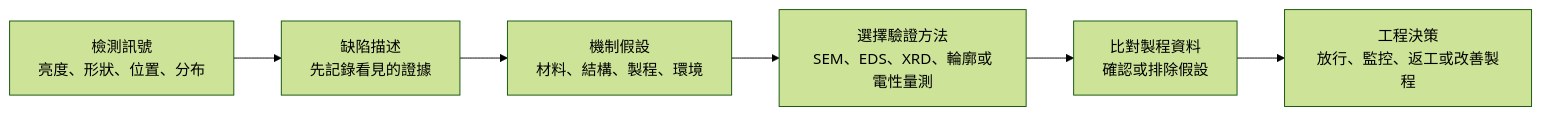
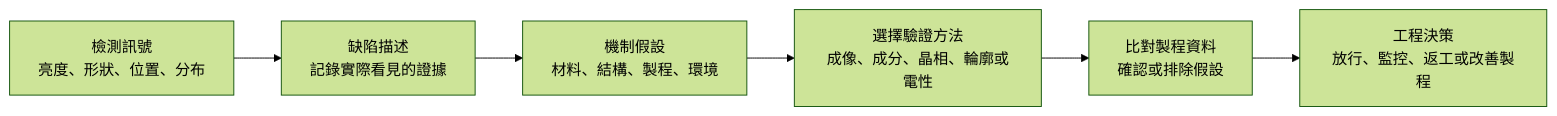
Before and after one commit to RocketWill/semiconductor-inspection-knowledge: the second of 2 diagrams in 01-materials-science/01-course-overview.md, drawn with Mermaid (forest theme). The commit also changed other lines of this file, not shown here.

````diff
--- a/01-materials-science/01-course-overview.md
+++ b/01-materials-science/01-course-overview.md
@@ -169,8 +133,8 @@
 ```mermaid
 flowchart LR
-    A["檢測訊號<br/>亮度、形狀、位置、分布"] --> B["缺陷描述<br/>先記錄看見的證據"]
+    A["檢測訊號<br/>亮度、形狀、位置、分布"] --> B["缺陷描述<br/>記錄實際看見的證據"]
     B --> C["機制假設<br/>材料、結構、製程、環境"]
-    C --> D["選擇驗證方法<br/>SEM、EDS、XRD、輪廓或電性量測"]
+    C --> D["選擇驗證方法<br/>成像、成分、晶相、輪廓或電性"]
     D --> E["比對製程資料<br/>確認或排除假設"]
     E --> F["工程決策<br/>放行、監控、返工或改善製程"]
 ```
````
